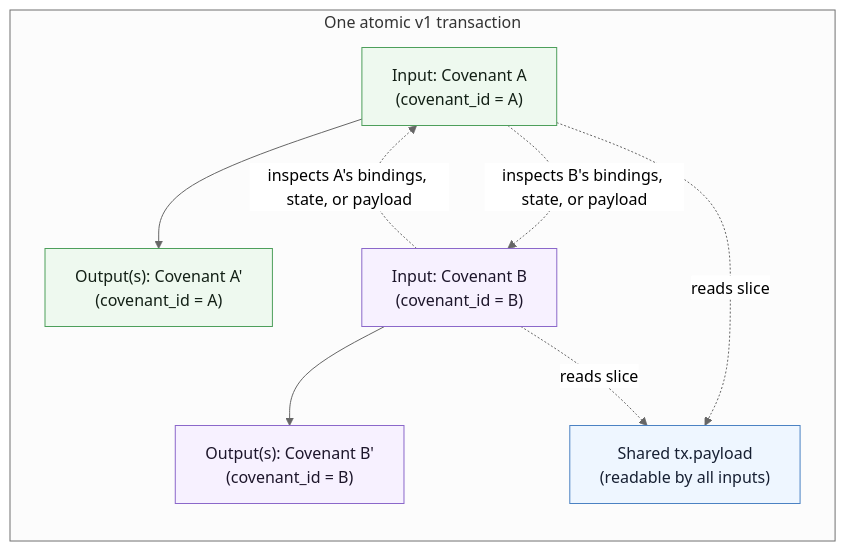
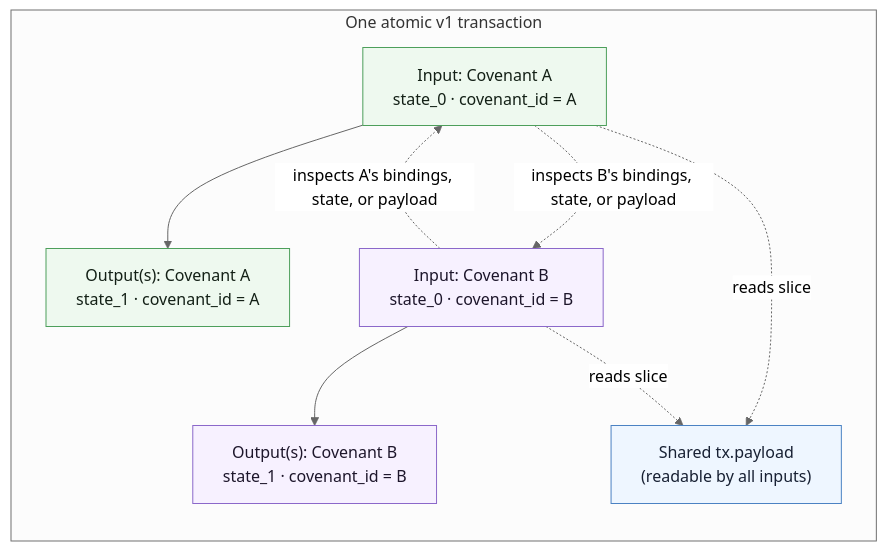
The first of 2 diagrams in content/docs/programmability/composability.mdx (kaspanet/docs), drawn with Mermaid (neutral theme) before and after one commit.

Commit message:
Clarify state_0 -> state_1 labels in ICC overview diagram

````diff
--- a/content/docs/programmability/composability.mdx
+++ b/content/docs/programmability/composability.mdx
@@ -10,22 +10,22 @@
 ```mermaid
 flowchart TB
     classDef a fill:#eef9ef,stroke:#4d9f5b,color:#132016
     classDef b fill:#f7f1ff,stroke:#8b68ca,color:#1d162b
     classDef tx fill:#eef6ff,stroke:#4b82c3,color:#172033
 
     subgraph TX["One atomic v1 transaction"]
         direction TB
-        IA["Input: Covenant A<br/>(covenant_id = A)"]:::a
-        IB["Input: Covenant B<br/>(covenant_id = B)"]:::b
+        IA["Input: Covenant A<br/>state_0 · covenant_id = A"]:::a
+        IB["Input: Covenant B<br/>state_0 · covenant_id = B"]:::b
         PL["Shared tx.payload<br/>(readable by all inputs)"]:::tx
-        OA["Output(s): Covenant A'<br/>(covenant_id = A)"]:::a
-        OB["Output(s): Covenant B'<br/>(covenant_id = B)"]:::b
+        OA["Output(s): Covenant A<br/>state_1 · covenant_id = A"]:::a
+        OB["Output(s): Covenant B<br/>state_1 · covenant_id = B"]:::b
 
         IA --> OA
         IB --> OB
         IA -. "inspects B's bindings, state, or payload" .-> IB
         IB -. "inspects A's bindings, state, or payload" .-> IA
         IA -. "reads slice" .-> PL
         IB -. "reads slice" .-> PL
     end
 ```
````
